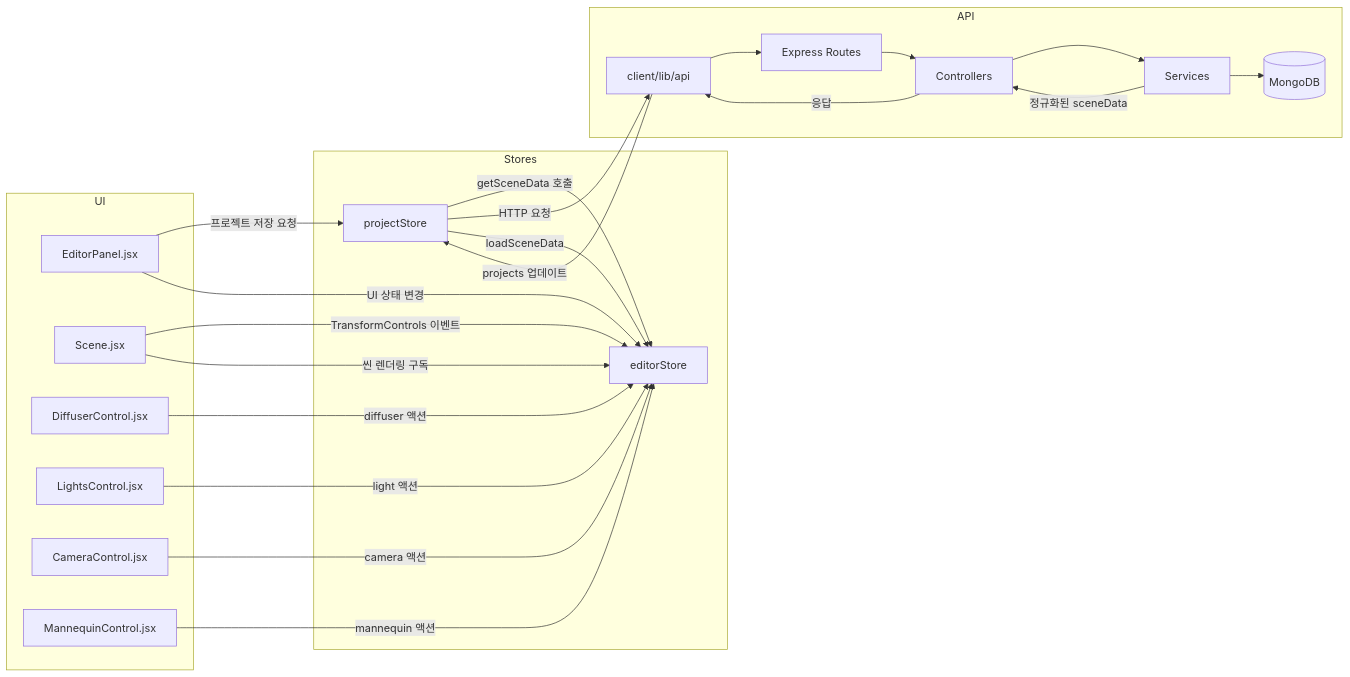
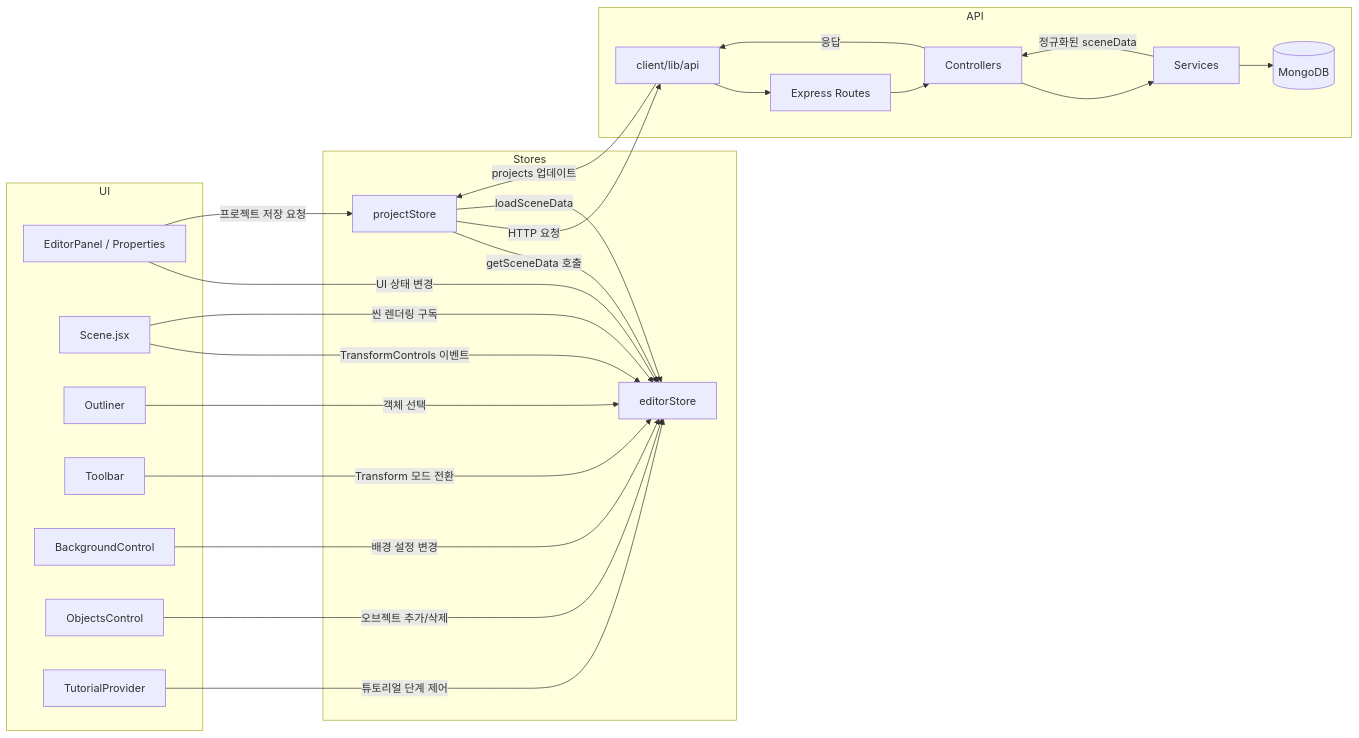
The third of 3 diagrams in docs/PRD.md (kimsman06/lumo-stage), drawn with Mermaid before and after one commit. The commit also changed other lines of this file, not shown here.

First line of the commit message:
docs: PRD 2.0 업데이트

````diff
--- a/docs/PRD.md
+++ b/docs/PRD.md
@@ -190,39 +516,41 @@
 ```mermaid
 flowchart LR
     subgraph UI
-        A[EditorPanel.jsx]
+        A[EditorPanel / Properties]
         B[Scene.jsx]
-        C[DiffuserControl.jsx]
-        D[LightsControl.jsx]
-        E[CameraControl.jsx]
-        F[MannequinControl.jsx]
+        C[Outliner]
+        D[Toolbar]
+        E[BackgroundControl]
+        F[ObjectsControl]
+        G[TutorialProvider]
     end
 
     subgraph Stores
-        G[editorStore]
-        H[projectStore]
+        H[editorStore]
+        I[projectStore]
     end
 
     subgraph API
-        I[client/lib/api]
-        J[Express Routes]
-        K[Controllers]
-        L[Services]
-        M[(MongoDB)]
+        J[client/lib/api]
+        K[Express Routes]
+        L[Controllers]
+        M[Services]
+        N[(MongoDB)]
     end
 
-    A -->|프로젝트 저장 요청| H
-    A -->|UI 상태 변경| G
-    C -->|diffuser 액션| G
-    D -->|light 액션| G
-    E -->|camera 액션| G
-    F -->|mannequin 액션| G
-    B -->|TransformControls 이벤트| G
-    B -->|씬 렌더링 구독| G
+    A -->|UI 상태 변경| H
+    C -->|객체 선택| H
+    D -->|Transform 모드 전환| H
+    E -->|배경 설정 변경| H
+    F -->|오브젝트 추가/삭제| H
+    G -->|튜토리얼 단계 제어| H
+    B -->|TransformControls 이벤트| H
+    B -->|씬 렌더링 구독| H
 
-    H -->|getSceneData 호출| G
-    H -->|HTTP 요청| I
-    I --> J --> K --> L --> M
-    L -->|정규화된 sceneData| K
-    K -->|응답| I -->|projects 업데이트| H -->|loadSceneData| G
+    A -->|프로젝트 저장 요청| I
+    I -->|getSceneData 호출| H
+    I -->|HTTP 요청| J
+    J --> K --> L --> M --> N
+    M -->|정규화된 sceneData| L
+    L -->|응답| J -->|projects 업데이트| I -->|loadSceneData| H
 ```
````
